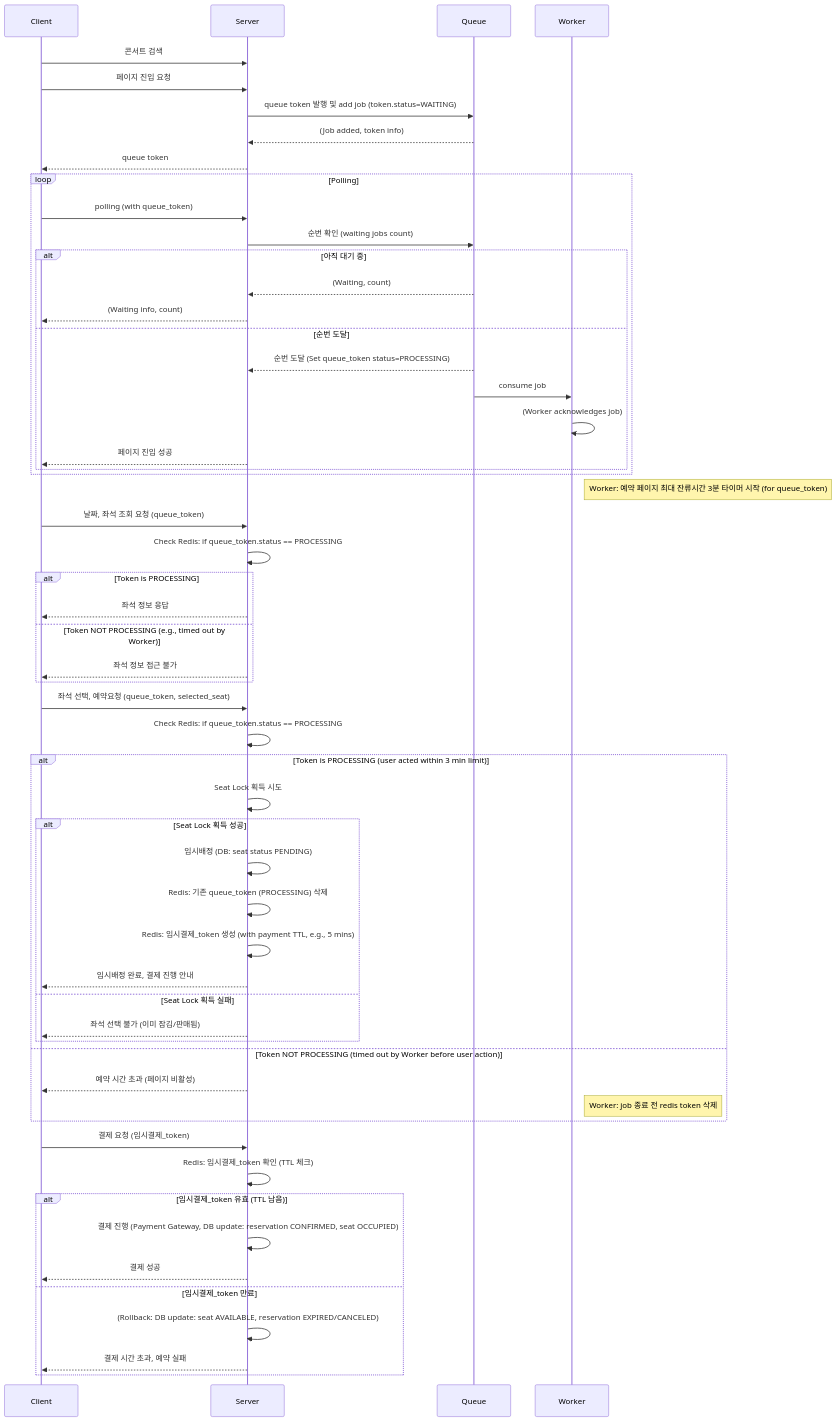
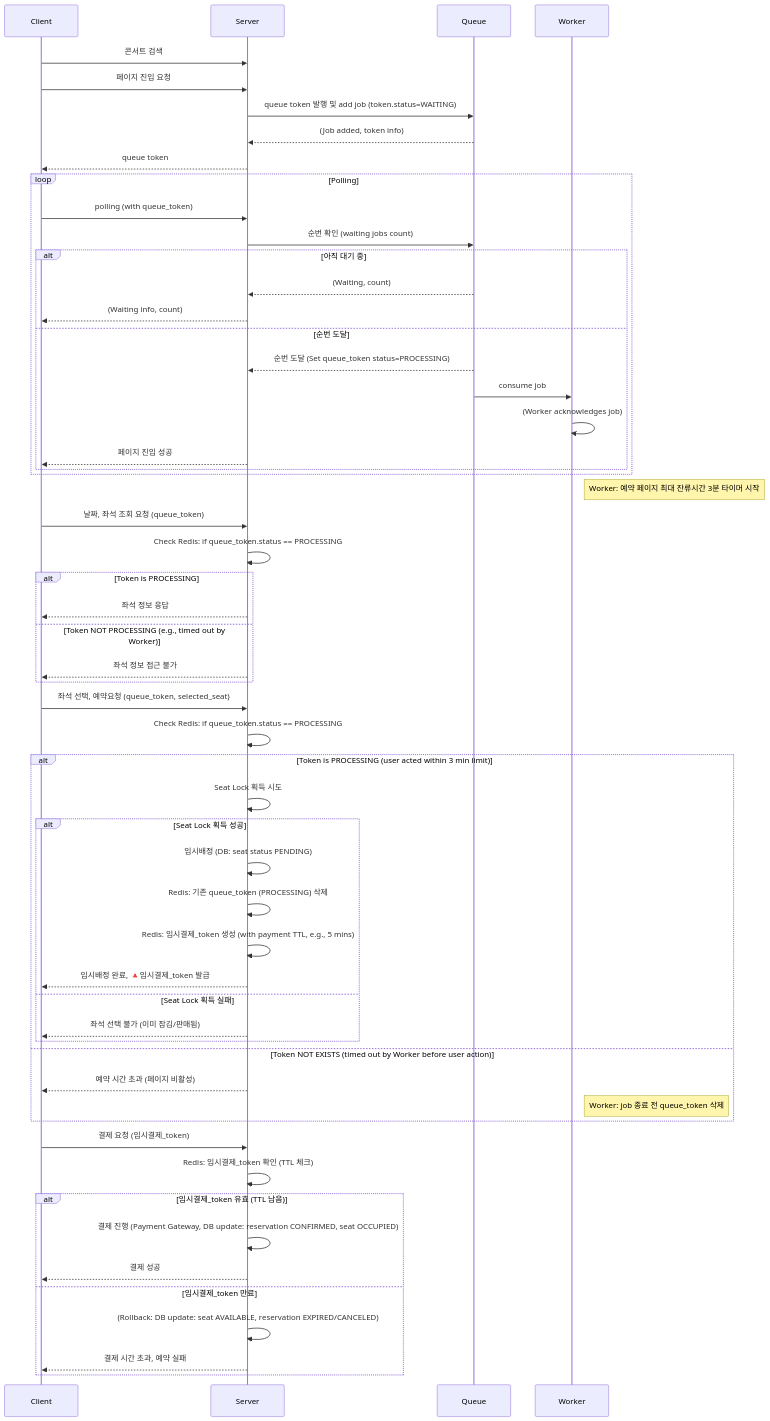
The first of 2 diagrams in docs/sequence_diagram.md (suji6707/nestjs-case-02-ticketing), drawn with Mermaid before and after one commit. The commit also changed 7 other files, not shown here.

````diff
--- a/docs/sequence_diagram.md
+++ b/docs/sequence_diagram.md
@@ -4,64 +4,64 @@
 ```mermaid
 sequenceDiagram
     participant C as Client
     participant S as Server
     participant Q as Queue
     participant W as Worker
 
     C->>S: 콘서트 검색
     C->>S: 페이지 진입 요청
     S->>Q: queue token 발행 및 add job (token.status=WAITING)
     Q-->>S: (Job added, token info)
     S-->>C: queue token
 
     loop Polling
         C->>S: polling (with queue_token)
         S->>Q: 순번 확인 (waiting jobs count)
         alt 아직 대기 중
             Q-->>S: (Waiting, count)
             S-->>C: (Waiting info, count)
         else 순번 도달
             Q-->>S: 순번 도달 (Set queue_token status=PROCESSING)
             Q->>W: consume job
             W->>W: (Worker acknowledges job)
             S-->>C: 페이지 진입 성공
         end
     end
 
-    Note right of W: Worker: 예약 페이지 최대 잔류시간 3분 타이머 시작 (for queue_token)
+    Note right of W: Worker: 예약 페이지 최대 잔류시간 3분 타이머 시작
 
     C->>S: 날짜, 좌석 조회 요청 (queue_token)
     S->>S: Check Redis: if queue_token.status == PROCESSING
     alt Token is PROCESSING
         S-->>C: 좌석 정보 응답
     else Token NOT PROCESSING (e.g., timed out by Worker)
         S-->>C: 좌석 정보 접근 불가
     end
 
     C->>S: 좌석 선택, 예약요청 (queue_token, selected_seat)
     S->>S: Check Redis: if queue_token.status == PROCESSING
     alt Token is PROCESSING (user acted within 3 min limit)
         S->>S: Seat Lock 획득 시도
         alt Seat Lock 획득 성공
             S->>S: 임시배정 (DB: seat status PENDING)
             S->>S: Redis: 기존 queue_token (PROCESSING) 삭제
             S->>S: Redis: 임시결제_token 생성 (with payment TTL, e.g., 5 mins)
-            S-->>C: 임시배정 완료, 결제 진행 안내
+            S-->>C: 임시배정 완료, 🔺임시결제_token 발급
         else Seat Lock 획득 실패
             S-->>C: 좌석 선택 불가 (이미 잠김/판매됨)
         end
-    else Token NOT PROCESSING (timed out by Worker before user action)
+    else Token NOT EXISTS (timed out by Worker before user action)
          S-->>C: 예약 시간 초과 (페이지 비활성)
-            Note right of W: Worker: job 종료 전 redis token 삭제
+            Note right of W: Worker: job 종료 전 queue_token 삭제
     end
 
     C->>S: 결제 요청 (임시결제_token)
     S->>S: Redis: 임시결제_token 확인 (TTL 체크)
     alt 임시결제_token 유효 (TTL 남음)
         S->>S: 결제 진행 (Payment Gateway, DB update: reservation CONFIRMED, seat OCCUPIED)
         S-->>C: 결제 성공
     else 임시결제_token 만료
         S->>S: (Rollback: DB update: seat AVAILABLE, reservation EXPIRED/CANCELED)
         S-->>C: 결제 시간 초과, 예약 실패
     end
 ```
````
